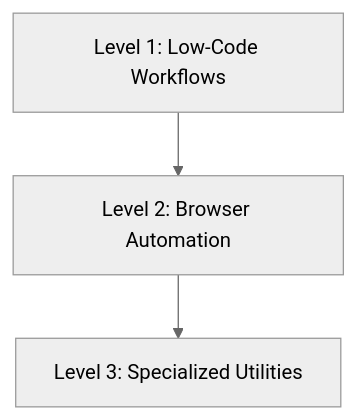
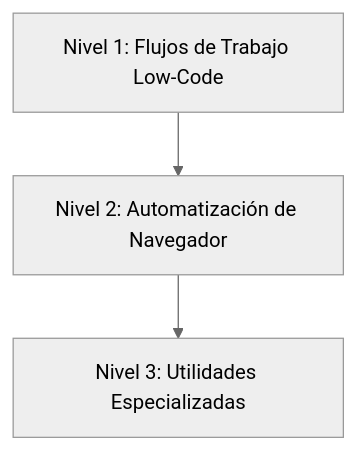
Before and after one commit to gonzoblasco/ai-developer-stack: the diagram in tools-automation/README.md, drawn with Mermaid (neutral theme). The commit also changed other lines of this file and 15 other files, not shown here.

````diff
--- a/tools-automation/README.md
+++ b/tools-automation/README.md
@@ -13,5 +13,5 @@
 ```mermaid
 graph TD
-    A[Level 1: Low-Code Workflows] --> B[Level 2: Browser Automation]
-    B --> C[Level 3: Specialized Utilities]
+    A[Nivel 1: Flujos de Trabajo Low-Code] --> B[Nivel 2: Automatización de Navegador]
+    B --> C[Nivel 3: Utilidades Especializadas]
 ```
````
